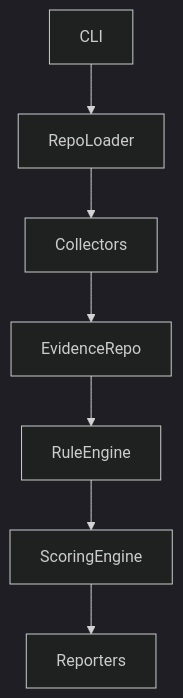
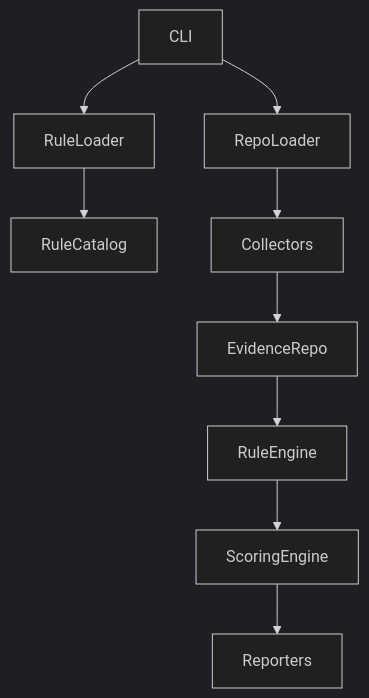
Before and after one commit to deepikasidana89/enterprise-ai-engineering-framework: the diagram in docs/architecture.md, drawn with Mermaid (dark theme). The commit also changed other lines of this file and 39 other files, not shown here.

Commit message:
feat: implement Phase 2 declarative rule catalog

````diff
--- a/docs/architecture.md
+++ b/docs/architecture.md
@@ -21,9 +25,11 @@
 ```mermaid
 flowchart TD
   CLI --> RepoLoader
+  CLI --> RuleLoader
+  RuleLoader --> RuleCatalog
   RepoLoader --> Collectors
   Collectors --> EvidenceRepo
   EvidenceRepo --> RuleEngine
   RuleEngine --> ScoringEngine
   ScoringEngine --> Reporters
 ```
````
